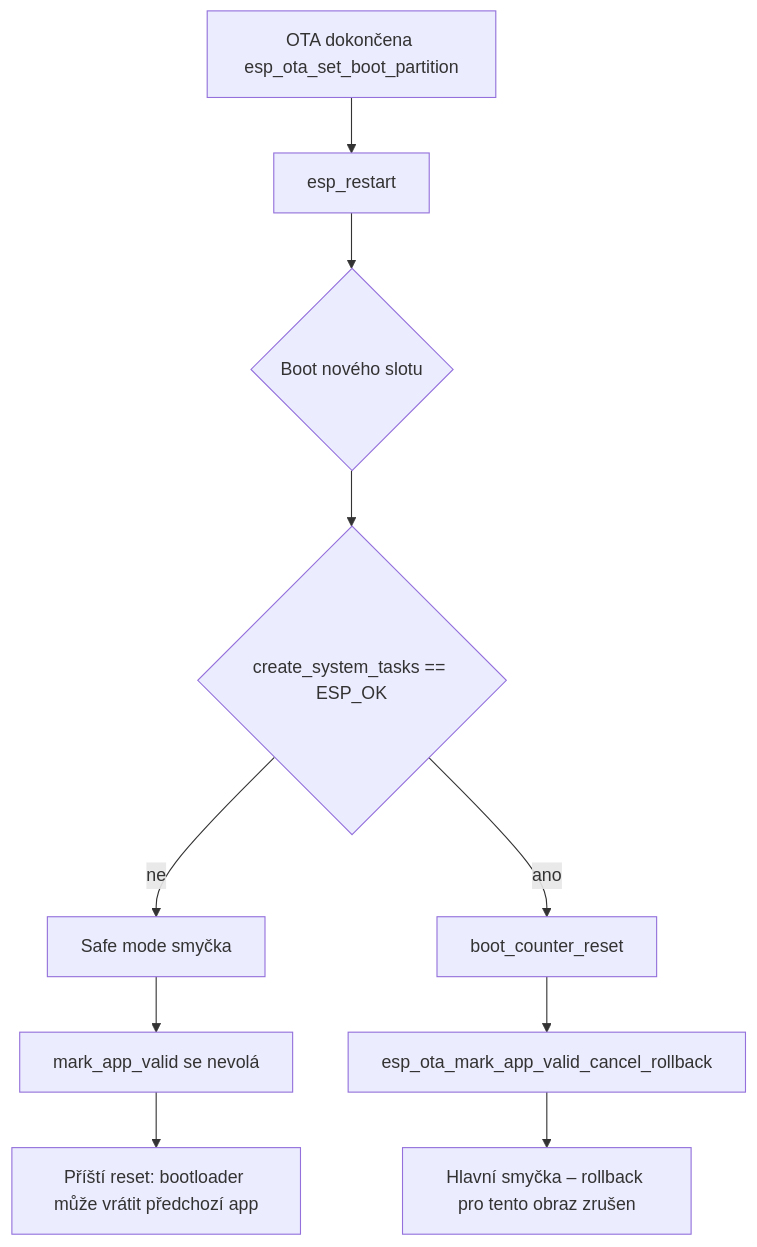
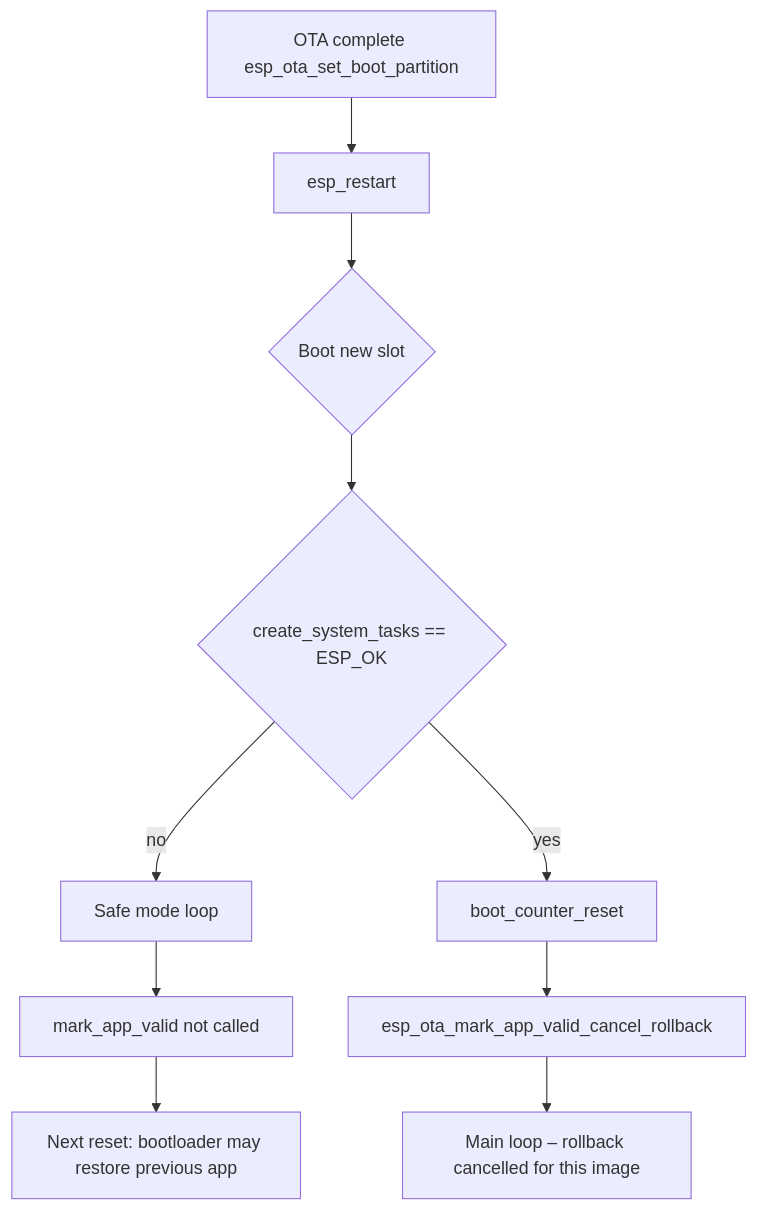
One commit to AlfredKrutina/chess_esp32_c6_devkit changed the second of 2 diagrams in docs/ota_architecture.md. Above: the diagram before and after it, drawn with Mermaid. The commit also changed other lines of this file and 372 other files, not shown here.

````diff
--- a/docs/ota_architecture.md
+++ b/docs/ota_architecture.md
@@ -207,12 +207,12 @@
 ```mermaid
 flowchart TD
-  O[OTA dokončena esp_ota_set_boot_partition] --> R[esp_restart]
-  R --> B{Boot nového slotu}
+  O[OTA complete esp_ota_set_boot_partition] --> R[esp_restart]
+  R --> B{Boot new slot}
   B --> T{create_system_tasks == ESP_OK}
-  T -->|ne| S[Safe mode smyčka]
-  S --> X[mark_app_valid se nevolá]
-  X --> Y[Příští reset: bootloader může vrátit předchozí app]
-  T -->|ano| M[boot_counter_reset]
+  T -->|no| S[Safe mode loop]
+  S --> X[mark_app_valid not called]
+  X --> Y[Next reset: bootloader may restore previous app]
+  T -->|yes| M[boot_counter_reset]
   M --> V[esp_ota_mark_app_valid_cancel_rollback]
-  V --> L[Hlavní smyčka – rollback pro tento obraz zrušen]
+  V --> L[Main loop – rollback cancelled for this image]
 ```
````
